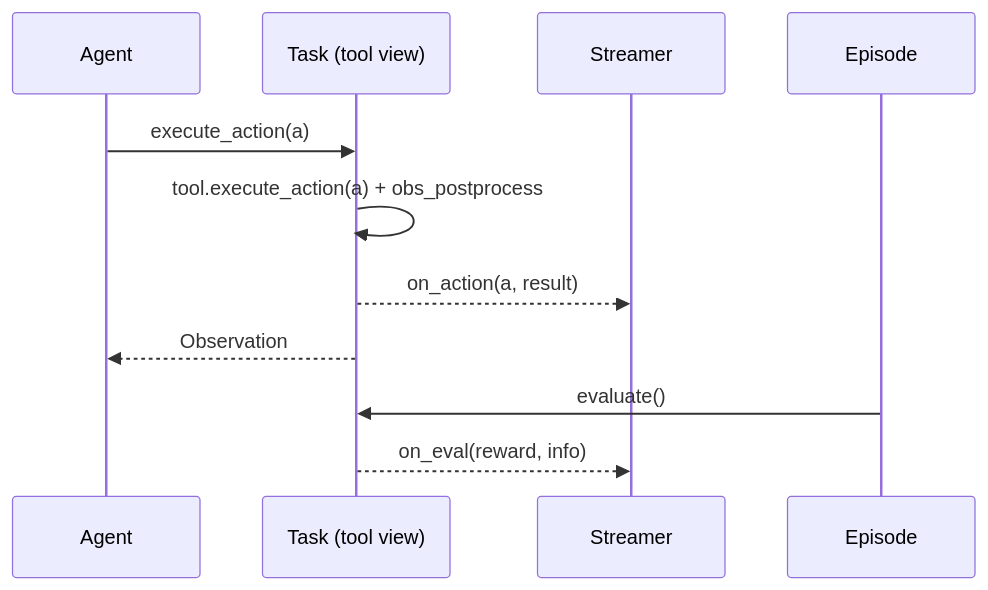
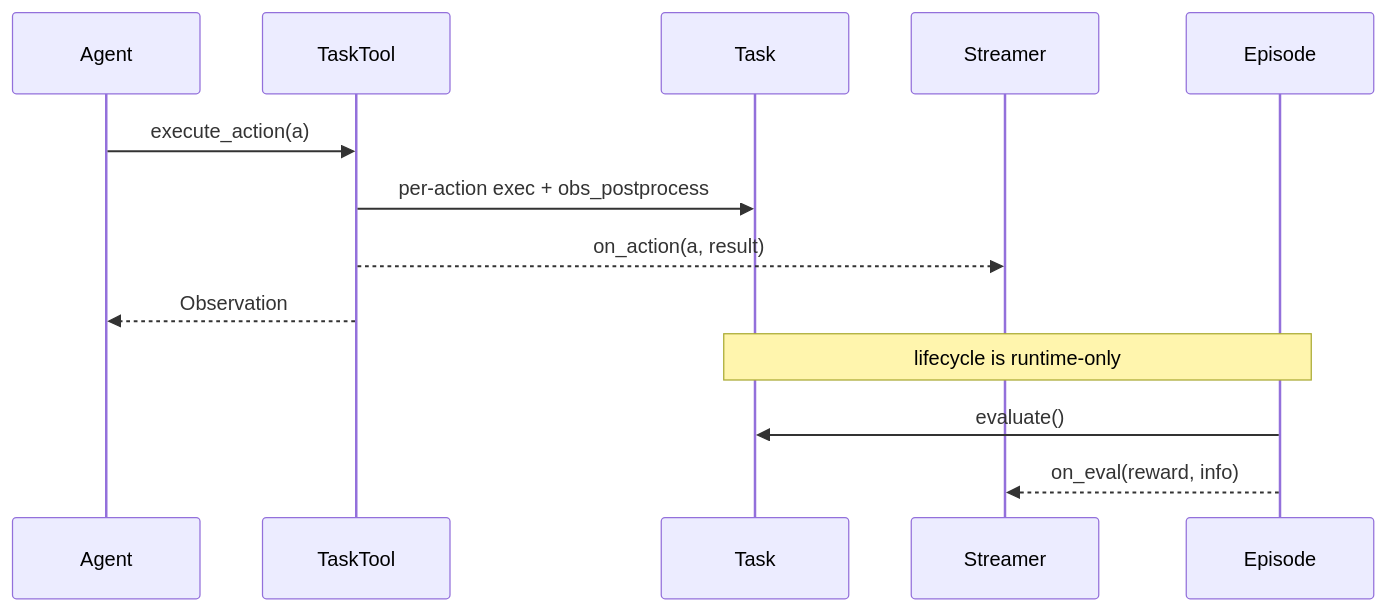
The second of 3 diagrams in openspec/changes/streamable-task/proposal.md (The-AI-Alliance/cube-standard), drawn with Mermaid before and after one commit. The commit also changed other lines of this file and 1 other file, not shown here.

First line of the commit message:
design(openspec): Task is NOT the tool — thin TaskTool facet over it

````diff
--- a/openspec/changes/streamable-task/proposal.md
+++ b/openspec/changes/streamable-task/proposal.md
@@ -84,13 +92,15 @@
 ```mermaid
 sequenceDiagram
   participant Ag as Agent
-  participant Tk as Task (tool view)
+  participant TT as TaskTool
+  participant Tk as Task
   participant St as Streamer
   participant Ep as Episode
-  Ag->>Tk: execute_action(a)
-  Tk->>Tk: tool.execute_action(a) + obs_postprocess
-  Tk-->>St: on_action(a, result)
-  Tk-->>Ag: Observation
+  Ag->>TT: execute_action(a)
+  TT->>Tk: per-action exec + obs_postprocess
+  TT-->>St: on_action(a, result)
+  TT-->>Ag: Observation
+  Note over Ep,Tk: lifecycle is runtime-only
   Ep->>Tk: evaluate()
-  Tk-->>St: on_eval(reward, info)
+  Ep-->>St: on_eval(reward, info)
 ```
````
